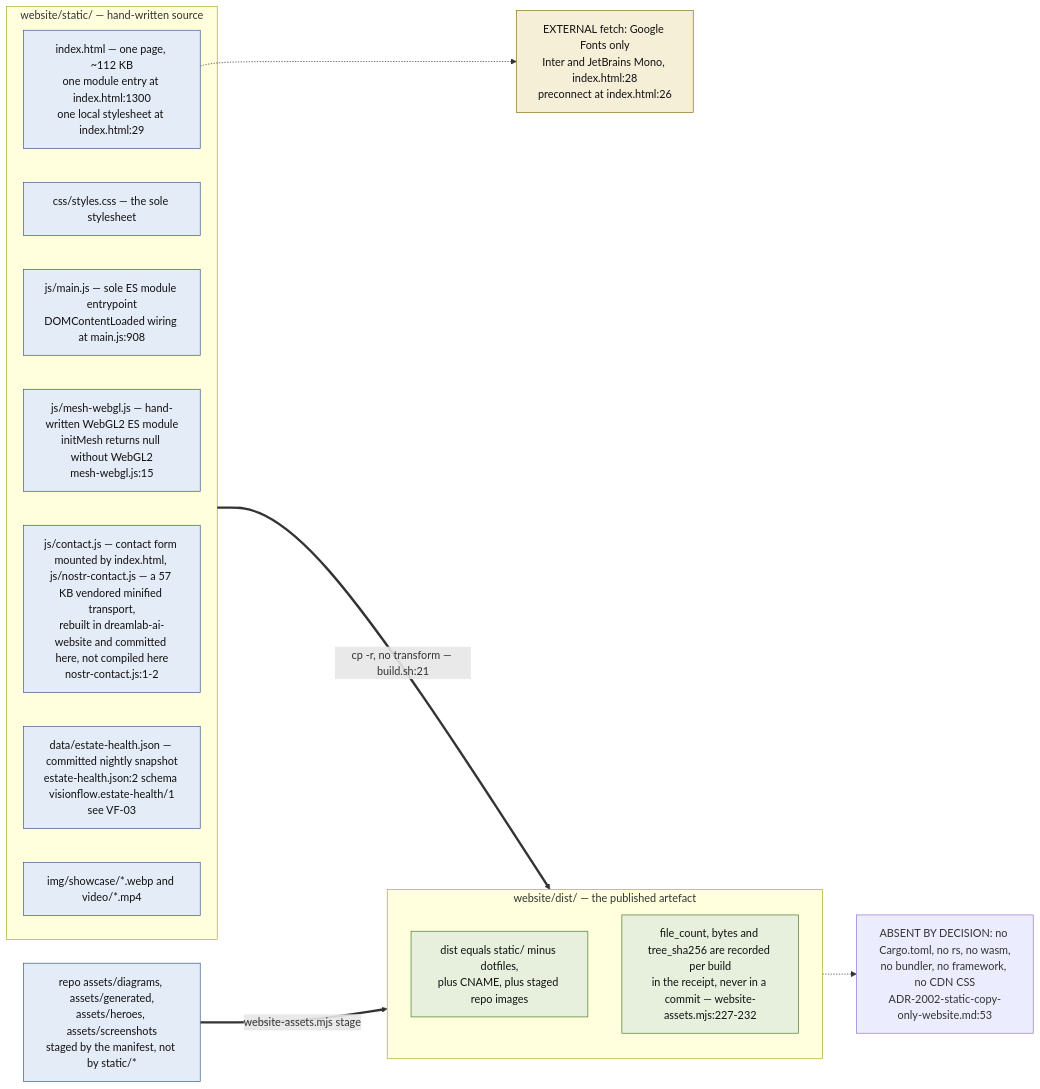
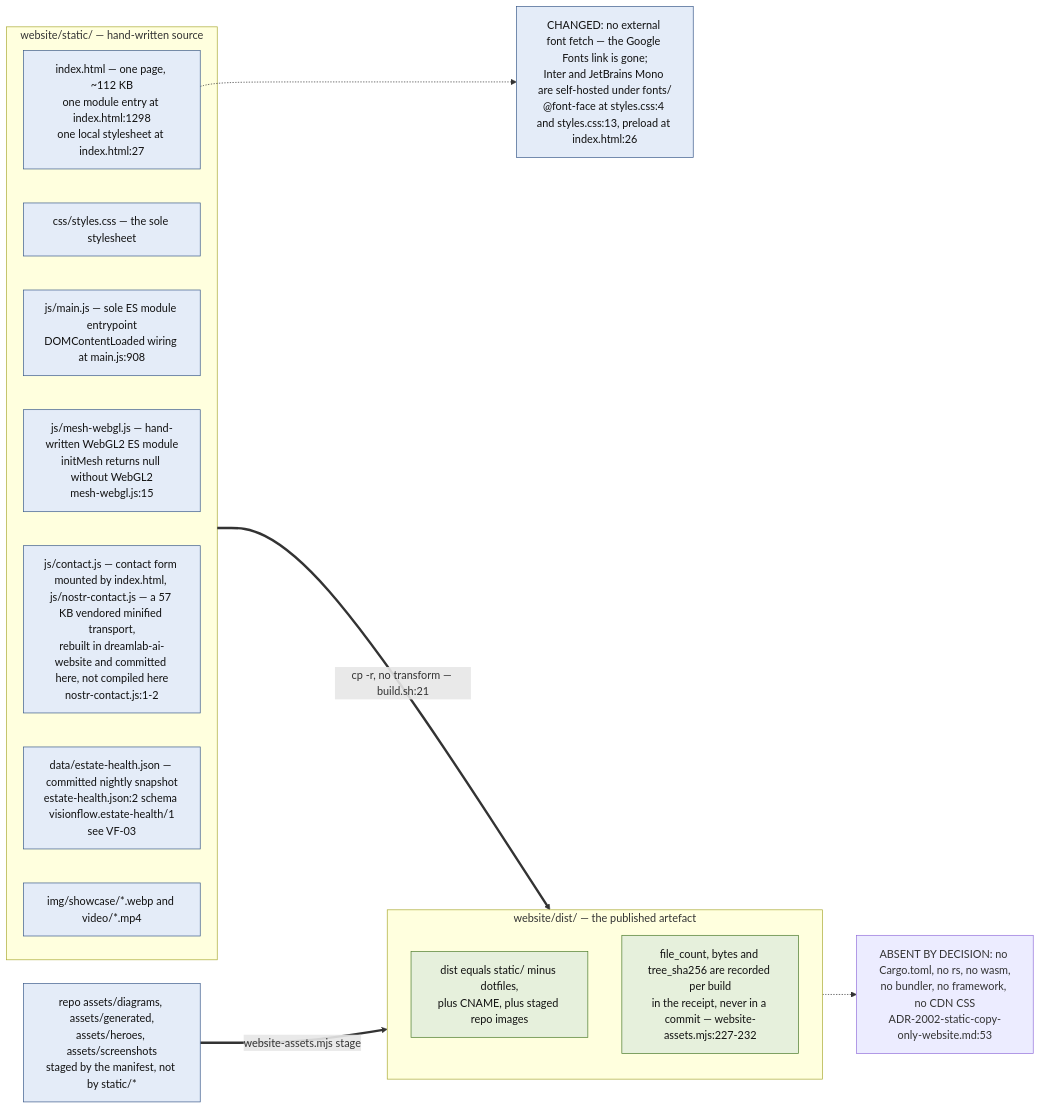
The second of 12 diagrams in docs/diagrams/visionflow/02-website-build-and-deploy.md (DreamLab-AI/VisionFlow), drawn with Mermaid before and after one commit. The commit also changed other lines of this file and 7 other files, not shown here.

````diff
--- a/docs/diagrams/visionflow/02-website-build-and-deploy.md
+++ b/docs/diagrams/visionflow/02-website-build-and-deploy.md
@@ -73,31 +73,31 @@
 ```mermaid
 flowchart LR
     classDef src fill:#e4ecf8,stroke:#3a5a8a,color:#111
     classDef out fill:#e6f0dc,stroke:#4a7a2a,color:#111
     classDef ext fill:#f6efd8,stroke:#8a7020,color:#111
 
     subgraph STATIC["website/static/ — hand-written source"]
-        IDX["index.html — one page, ~112 KB<br/>one module entry at index.html:1300<br/>one local stylesheet at index.html:29"]:::src
+        IDX["index.html — one page, ~112 KB<br/>one module entry at index.html:1298<br/>one local stylesheet at index.html:27"]:::src
         CSS["css/styles.css — the sole stylesheet"]:::src
         MAIN["js/main.js — sole ES module entrypoint<br/>DOMContentLoaded wiring at main.js:908"]:::src
         MESH["js/mesh-webgl.js — hand-written WebGL2 ES module<br/>initMesh returns null without WebGL2<br/>mesh-webgl.js:15"]:::src
         CONTACTF["js/contact.js — contact form mounted by index.html, js/nostr-contact.js — a 57 KB vendored minified transport,<br/>rebuilt in dreamlab-ai-website and committed here, not compiled here<br/>nostr-contact.js:1-2"]:::src
         DATA["data/estate-health.json — committed nightly snapshot<br/>estate-health.json:2 schema visionflow.estate-health/1<br/>see VF-03"]:::src
         MEDIA["img/showcase/*.webp and video/*.mp4"]:::src
     end
 
     subgraph DIST["website/dist/ — the published artefact"]
         D1["dist equals static/ minus dotfiles,<br/>plus CNAME, plus staged repo images"]:::out
         D2["file_count, bytes and tree_sha256 are recorded per build<br/>in the receipt, never in a commit — website-assets.mjs:227-232"]:::out
     end
 
     STATIC ==>|"cp -r, no transform — build.sh:21"| DIST
     ASSETS["repo assets/diagrams, assets/generated,<br/>assets/heroes, assets/screenshots<br/>staged by the manifest, not by static/*"]:::src
     ASSETS ==>|"website-assets.mjs stage"| DIST
 
-    FONTS["EXTERNAL fetch: Google Fonts only<br/>Inter and JetBrains Mono, index.html:28<br/>preconnect at index.html:26"]:::ext
+    FONTS["CHANGED: no external font fetch — the Google Fonts link is gone;<br/>Inter and JetBrains Mono are self-hosted under fonts/<br/>@font-face at styles.css:4 and styles.css:13, preload at index.html:26"]:::src
     IDX -.-> FONTS
 
     NEG["ABSENT BY DECISION: no Cargo.toml, no rs, no wasm,<br/>no bundler, no framework, no CDN CSS<br/>ADR-2002-static-copy-only-website.md:53"]
     DIST -.-> NEG
 ```
````
